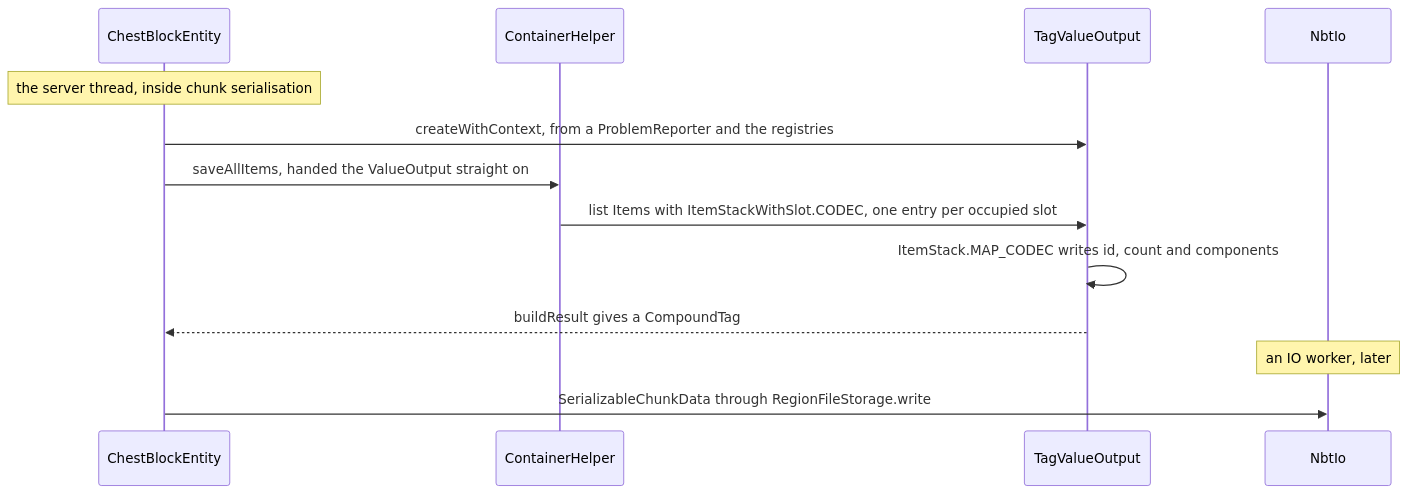
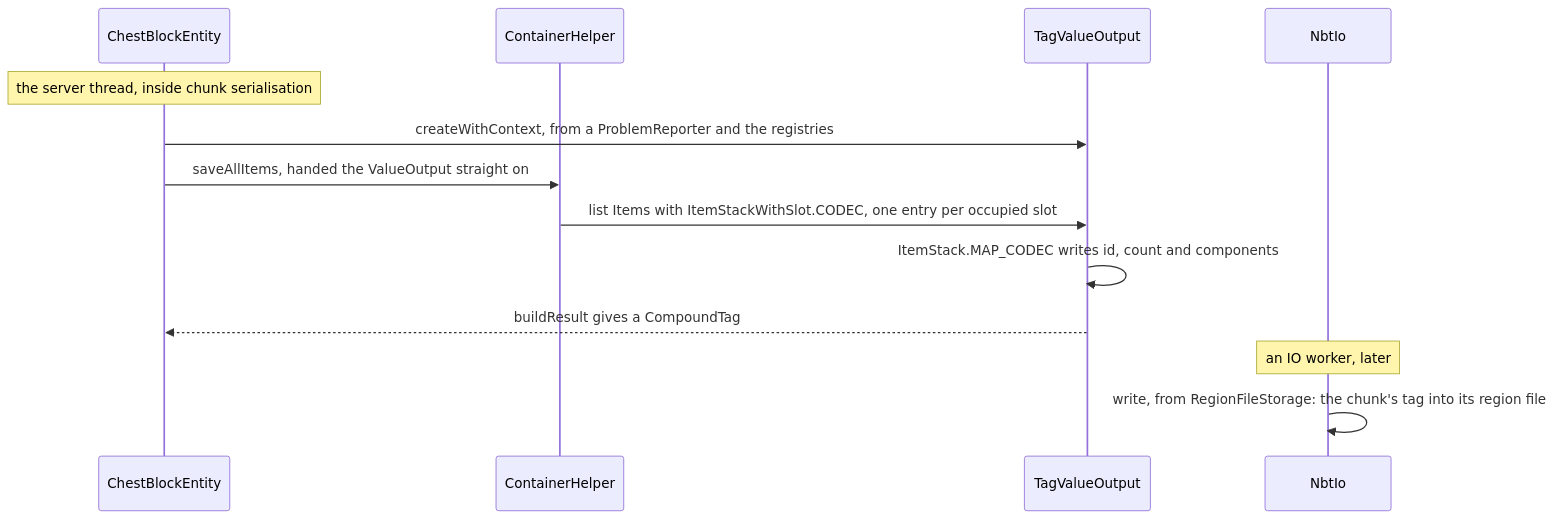
One commit to AlexanderjFraser/MinecraftDocs changed the first of 4 diagrams in src/systems/foundations/codecs-nbt-json.md. Above: the diagram before and after it, drawn with Mermaid. The commit also changed other lines of this file and 31 other files, not shown here.

````diff
--- a/src/systems/foundations/codecs-nbt-json.md
+++ b/src/systems/foundations/codecs-nbt-json.md
@@ -52,16 +53,16 @@
 ```mermaid
 sequenceDiagram
     participant CBE as ChestBlockEntity
     participant CHelp as ContainerHelper
     participant TVO as TagValueOutput
     participant NbtIo as NbtIo
 
     Note over CBE: the server thread, inside chunk serialisation
     CBE->>TVO: createWithContext, from a ProblemReporter and the registries
     CBE->>CHelp: saveAllItems, handed the ValueOutput straight on
     CHelp->>TVO: list Items with ItemStackWithSlot.CODEC, one entry per occupied slot
     TVO->>TVO: ItemStack.MAP_CODEC writes id, count and components
     TVO-->>CBE: buildResult gives a CompoundTag
     Note over NbtIo: an IO worker, later
-    CBE->>NbtIo: SerializableChunkData through RegionFileStorage.write
+    NbtIo->>NbtIo: write, from RegionFileStorage: the chunk's tag into its region file
 ```
````
